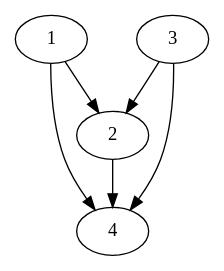
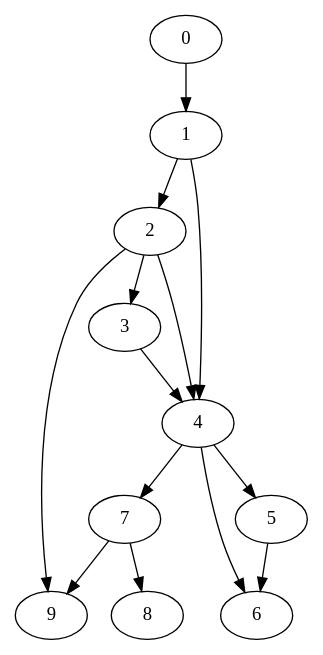
One commit to jaici/grafo changed the diagram in projetoGrafo/graphviz.dot. Above: the diagram before and after it, drawn with Graphviz. The commit also changed 5 other files, not shown here.

```diff
--- a/projetoGrafo/graphviz.dot
+++ b/projetoGrafo/graphviz.dot
@@ -1,13 +1,29 @@
 digraph G {
+
+  0 ->  1
 
   1 ->  2
 
   1 ->  4
 
+  2 ->  3
+
   2 ->  4
 
-  3 ->  2
+  2 ->  9
 
   3 ->  4
 
+  4 ->  5
+
+  4 ->  6
+
+  4 ->  7
+
+  5 ->  6
+
+  7 ->  8
+
+  7 ->  9
+
 }
```
